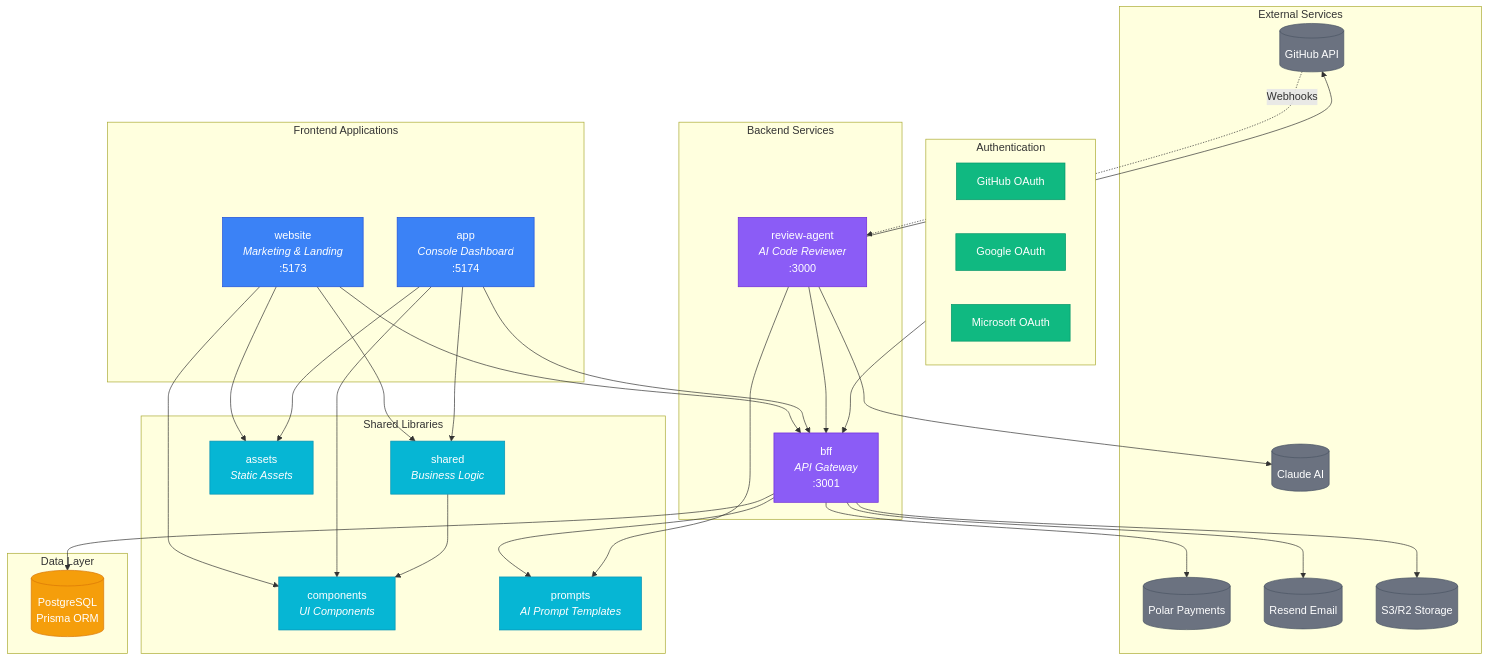
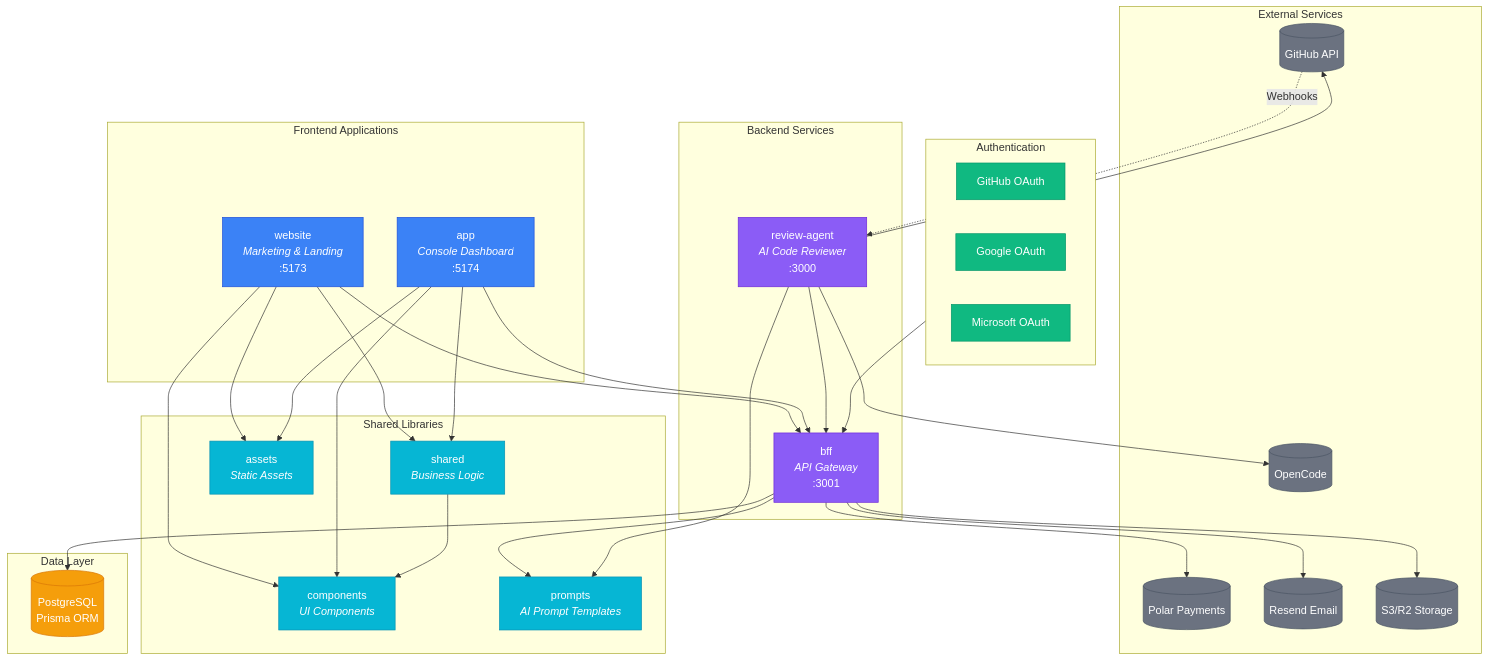
Before and after one commit to antiptrn/opendiff: the first of 4 diagrams in ARCHITECTURE.md, drawn with Mermaid. The commit also changed other lines of this file and 48 other files, not shown here.

Commit message:
feat(ai): migrate agent runtime to OpenCode and unify auth config

````diff
--- a/ARCHITECTURE.md
+++ b/ARCHITECTURE.md
@@ -5,82 +5,82 @@
 ```mermaid
 flowchart TB
     subgraph External["External Services"]
         GH[("GitHub API")]
-        Claude[("Claude AI")]
+        OpenCode[("OpenCode")]
         Polar[("Polar Payments")]
         Resend[("Resend Email")]
         S3[("S3/R2 Storage")]
     end
 
     subgraph Auth["Authentication"]
         GitHub["GitHub OAuth"]
         Google["Google OAuth"]
         Microsoft["Microsoft OAuth"]
     end
 
     subgraph Frontend["Frontend Applications"]
         Website["website<br/><i>Marketing & Landing</i><br/>:5173"]
         App["app<br/><i>Console Dashboard</i><br/>:5174"]
     end
 
     subgraph Backend["Backend Services"]
         BFF["bff<br/><i>API Gateway</i><br/>:3001"]
         Agent["review-agent<br/><i>AI Code Reviewer</i><br/>:3000"]
     end
 
     subgraph SharedLibs["Shared Libraries"]
         Components["components<br/><i>UI Components</i>"]
         Shared["shared<br/><i>Business Logic</i>"]
         Prompts["prompts<br/><i>AI Prompt Templates</i>"]
         Assets["assets<br/><i>Static Assets</i>"]
     end
 
     subgraph Data["Data Layer"]
         DB[("PostgreSQL<br/>Prisma ORM")]
     end
 
     %% Frontend dependencies
     Website --> Components
     Website --> Shared
     Website --> Assets
     App --> Components
     App --> Shared
     App --> Assets
     Shared --> Components
 
     %% Frontend to Backend
     Website --> BFF
     App --> BFF
 
     %% Backend connections
     BFF --> DB
     BFF --> S3
     BFF --> Resend
     BFF --> Polar
     BFF --> Prompts
     Agent --> BFF
-    Agent --> Claude
+    Agent --> OpenCode
     Agent --> GH
     Agent --> Prompts
 
     %% Auth flow
     Auth --> BFF
 
     %% GitHub webhook
     GH -.->|Webhooks| Agent
 
     %% Styling
     classDef frontend fill:#3b82f6,stroke:#1d4ed8,color:#fff
     classDef backend fill:#8b5cf6,stroke:#6d28d9,color:#fff
     classDef shared fill:#06b6d4,stroke:#0891b2,color:#fff
     classDef external fill:#6b7280,stroke:#4b5563,color:#fff
     classDef data fill:#f59e0b,stroke:#d97706,color:#fff
     classDef auth fill:#10b981,stroke:#059669,color:#fff
 
     class Website,App frontend
     class BFF,Agent backend
     class Components,Shared,Prompts,Assets shared
-    class GH,Claude,Polar,Resend,S3 external
+    class GH,OpenCode,Polar,Resend,S3 external
     class DB data
     class GitHub,Google,Microsoft auth
 ```
````
